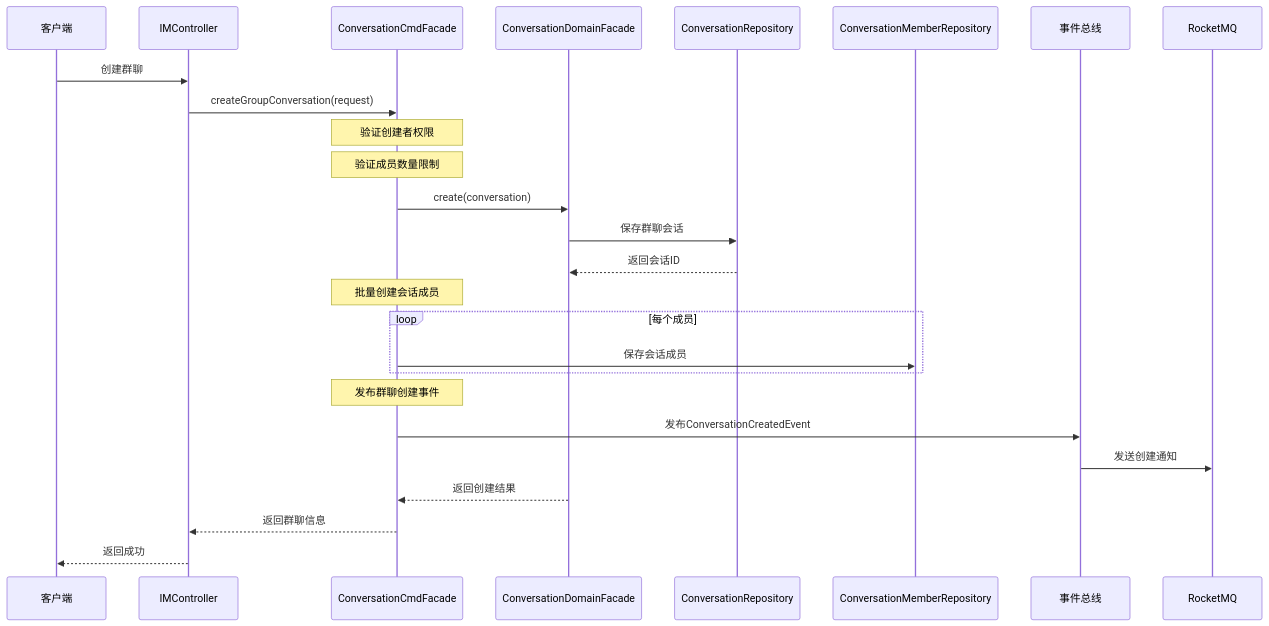
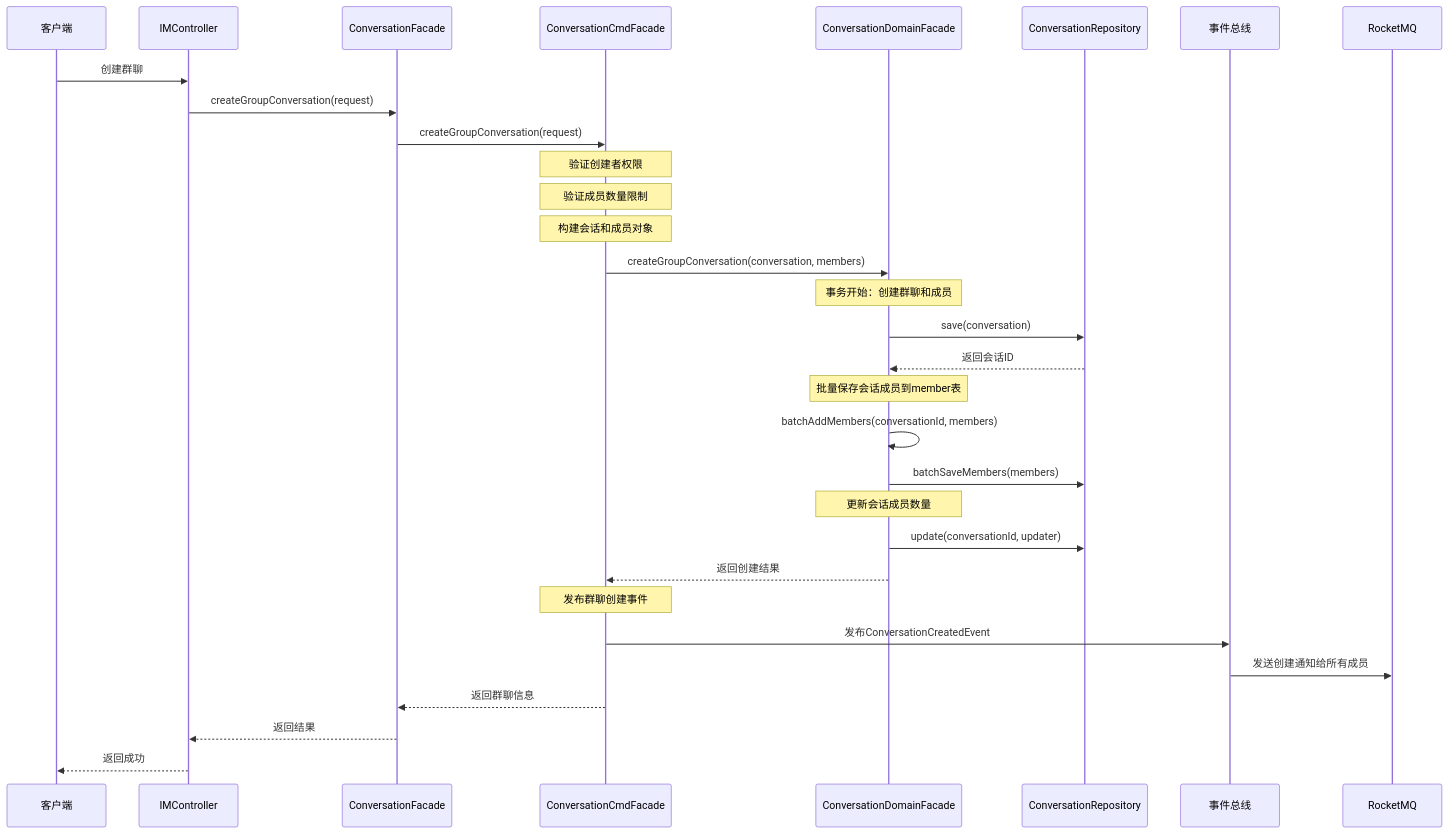
Before and after one commit to carso66/maxkb: diagram 13 of 25 in technical-solution.md, drawn with Mermaid. The commit also changed other lines of this file, not shown here.

````diff
--- a/technical-solution.md
+++ b/technical-solution.md
@@ -836,34 +1029,42 @@
 ```mermaid
 sequenceDiagram
     participant Client as 客户端
     participant Controller as IMController
+    participant Facade as ConversationFacade
     participant CmdFacade as ConversationCmdFacade
     participant DomainFacade as ConversationDomainFacade
     participant ConvRepo as ConversationRepository
-    participant MemberRepo as ConversationMemberRepository
     participant EventBus as 事件总线
     participant MQ as RocketMQ
     
     Client->>Controller: 创建群聊
-    Controller->>CmdFacade: createGroupConversation(request)
+    Controller->>Facade: createGroupConversation(request)
+    Facade->>CmdFacade: createGroupConversation(request)
     
     Note over CmdFacade: 验证创建者权限
     Note over CmdFacade: 验证成员数量限制
+    Note over CmdFacade: 构建会话和成员对象
     
-    CmdFacade->>DomainFacade: create(conversation)
-    DomainFacade->>ConvRepo: 保存群聊会话
+    CmdFacade->>DomainFacade: createGroupConversation(conversation, members)
+    
+    Note over DomainFacade: 事务开始：创建群聊和成员
+    DomainFacade->>ConvRepo: save(conversation)
     ConvRepo-->>DomainFacade: 返回会话ID
     
-    Note over CmdFacade: 批量创建会话成员
-    loop 每个成员
-        CmdFacade->>MemberRepo: 保存会话成员
-    end
+    Note over DomainFacade: 批量保存会话成员到member表
+    DomainFacade->>DomainFacade: batchAddMembers(conversationId, members)
+    DomainFacade->>ConvRepo: batchSaveMembers(members)
+    
+    Note over DomainFacade: 更新会话成员数量
+    DomainFacade->>ConvRepo: update(conversationId, updater)
+    
+    DomainFacade-->>CmdFacade: 返回创建结果
     
     Note over CmdFacade: 发布群聊创建事件
     CmdFacade->>EventBus: 发布ConversationCreatedEvent
-    EventBus->>MQ: 发送创建通知
+    EventBus->>MQ: 发送创建通知给所有成员
     
-    DomainFacade-->>CmdFacade: 返回创建结果
-    CmdFacade-->>Controller: 返回群聊信息
+    CmdFacade-->>Facade: 返回群聊信息
+    Facade-->>Controller: 返回结果
     Controller-->>Client: 返回成功
 ```
````
